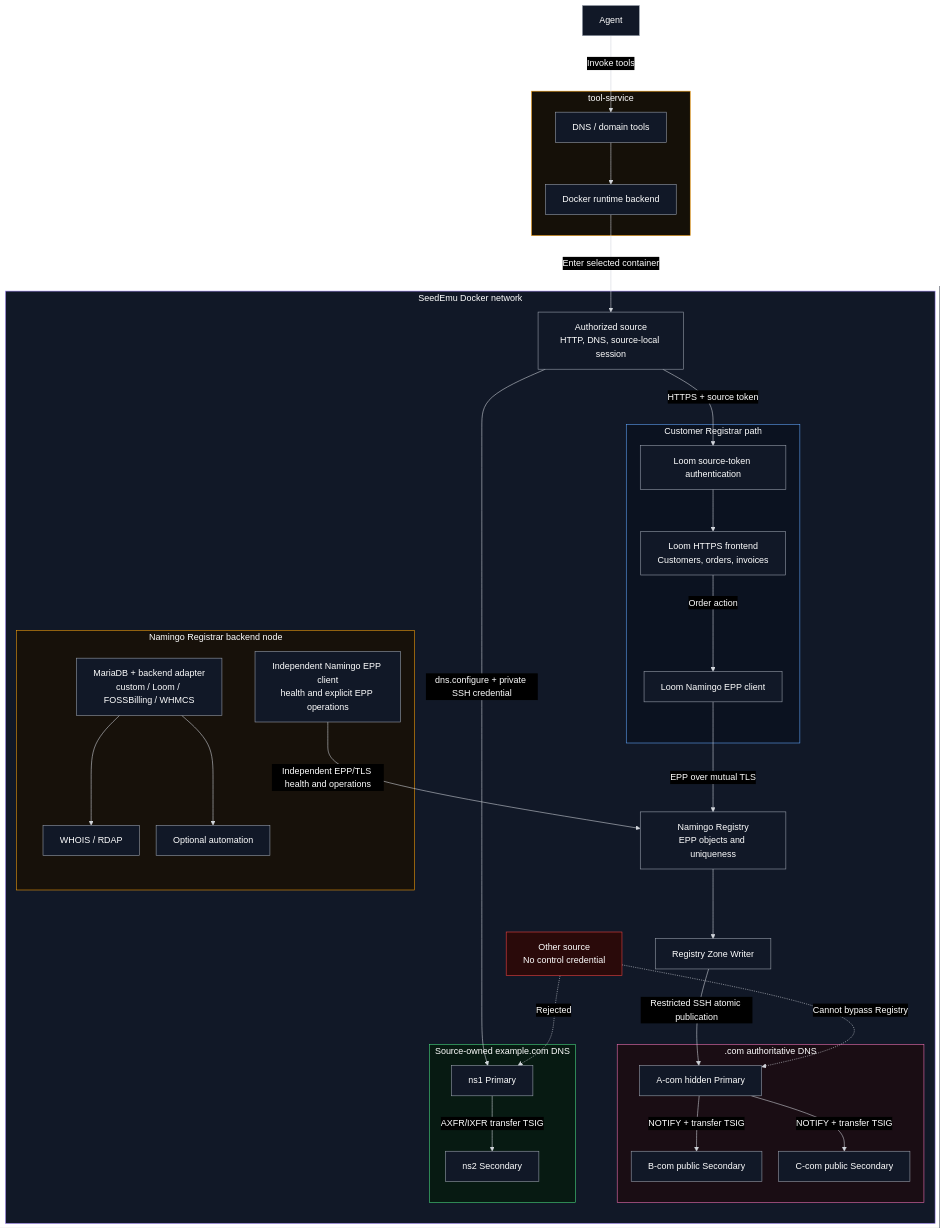
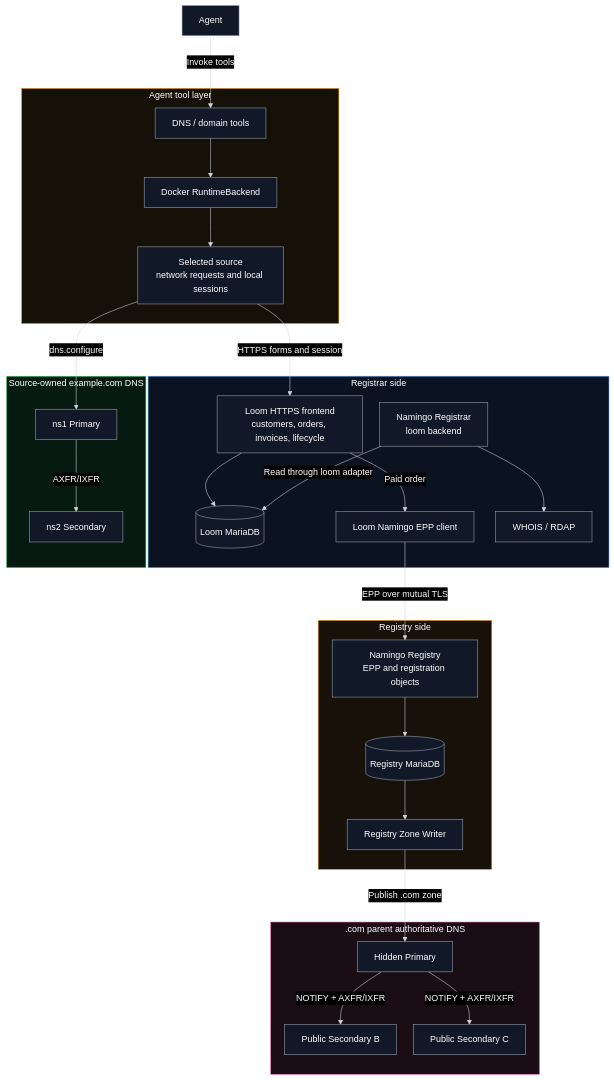
One commit to hhy123415/seedemu-agent-tools changed the first of 2 diagrams in tool-service/seedemu_tool_service/tools/dns/docs/domain_register_design.md. Above: the diagram before and after it, drawn with Mermaid. The commit also changed other lines of this file and 5 other files, not shown here.

Commit message:
feat: add agent-driven domain registration workflow

````diff
--- a/tool-service/seedemu_tool_service/tools/dns/docs/domain_register_design.md
+++ b/tool-service/seedemu_tool_service/tools/dns/docs/domain_register_design.md
@@ -9,67 +7,56 @@
 ```mermaid
-%%{init: {"theme": "base", "flowchart": {"rankSpacing": 75, "nodeSpacing": 30}, "themeVariables": {"background": "#000000", "primaryColor": "#111827", "primaryTextColor": "#ffffff", "primaryBorderColor": "#9ca3af", "lineColor": "#d1d5db", "clusterBkg": "#0b0f14", "clusterBorder": "#6b7280", "edgeLabelBackground": "#000000"}}}%%
+%%{init: {"theme": "base", "flowchart": {"rankSpacing": 70, "nodeSpacing": 30}, "themeVariables": {"background": "#000000", "primaryColor": "#111827", "primaryTextColor": "#ffffff", "primaryBorderColor": "#9ca3af", "lineColor": "#d1d5db", "clusterBkg": "#0b0f14", "clusterBorder": "#6b7280", "edgeLabelBackground": "#000000"}}}%%
 flowchart TD
     agent["Agent"]
 
-    subgraph tool_service["tool-service"]
+    subgraph tool_layer["Agent tool layer"]
         tools["DNS / domain tools"]
-        runtime["Docker runtime backend"]
+        runtime["Docker RuntimeBackend"]
+        source["Selected source<br/>network requests and local sessions"]
     end
 
-    subgraph emulator["SeedEmu Docker network"]
-        source["Authorized source<br/>HTTP, DNS, source-local session"]
-        other["Other source<br/>No control credential"]
-
-        subgraph customer_registrar["Customer Registrar path"]
-            loom["Loom HTTPS frontend<br/>Customers, orders, invoices"]
-            source_auth["Loom source-token authentication"]
-            loom_epp["Loom Namingo EPP client"]
-        end
-
-        subgraph namingo_backend["Namingo Registrar backend node"]
-            backend_db["MariaDB + backend adapter<br/>custom / Loom / FOSSBilling / WHMCS"]
-            whois_rdap["WHOIS / RDAP"]
-            automation["Optional automation"]
-            backend_epp["Independent Namingo EPP client<br/>health and explicit EPP operations"]
-        end
-
-        registry["Namingo Registry<br/>EPP objects and uniqueness"]
-        zone_writer["Registry Zone Writer"]
-
-        subgraph parent_dns[".com authoritative DNS"]
-            hidden["A-com hidden Primary"]
-            public_b["B-com public Secondary"]
-            public_c["C-com public Secondary"]
-        end
-
-        subgraph owner_dns["Source-owned example.com DNS"]
-            owner_primary["ns1 Primary"]
-            owner_secondary["ns2 Secondary"]
-        end
+    subgraph registrar_side["Registrar side"]
+        loom["Loom HTTPS frontend<br/>customers, orders, invoices, lifecycle"]
+        loom_db[("Loom MariaDB")]
+        loom_epp["Loom Namingo EPP client"]
+        namingo["Namingo Registrar<br/>loom backend"]
+        rdds["WHOIS / RDAP"]
     end
 
-    agent -->|"Invoke tools"| tools --> runtime -->|"Enter selected container"| source
-    source -->|"HTTPS + source token"| source_auth --> loom
-    loom -->|"Order action"| loom_epp -->|"EPP over mutual TLS"| registry
-    backend_db --> whois_rdap
-    backend_db --> automation
-    backend_epp -->|"Independent EPP/TLS health and operations"| registry
-    source -->|"dns.configure + private SSH credential"| owner_primary
-    owner_primary -->|"AXFR/IXFR transfer TSIG"| owner_secondary
-    registry --> zone_writer -->|"Restricted SSH atomic publication"| hidden
-    hidden -->|"NOTIFY + transfer TSIG"| public_b
-    hidden -->|"NOTIFY + transfer TSIG"| public_c
-    other -.->|"Rejected"| owner_primary
-    other -.->|"Cannot bypass Registry"| hidden
+    subgraph registry_side["Registry side"]
+        registry["Namingo Registry<br/>EPP and registration objects"]
+        registry_db[("Registry MariaDB")]
+        writer["Registry Zone Writer"]
+    end
 
+    subgraph parent_dns[".com parent authoritative DNS"]
+        hidden["Hidden Primary"]
+        public_b["Public Secondary B"]
+        public_c["Public Secondary C"]
+    end
+
+    subgraph child_dns["Source-owned example.com DNS"]
+        child_primary["ns1 Primary"]
+        child_secondary["ns2 Secondary"]
+    end
+
+    agent -->|"Invoke tools"| tools --> runtime --> source
+    source -->|"HTTPS forms and session"| loom
+    loom --> loom_db
+    loom -->|"Paid order"| loom_epp -->|"EPP over mutual TLS"| registry
+    namingo -->|"Read through loom adapter"| loom_db
+    namingo --> rdds
+    registry --> registry_db --> writer
+    writer -->|"Publish .com zone"| hidden
+    hidden -->|"NOTIFY + AXFR/IXFR"| public_b
+    hidden -->|"NOTIFY + AXFR/IXFR"| public_c
+    source -->|"dns.configure"| child_primary
+    child_primary -->|"AXFR/IXFR"| child_secondary
     classDef dark fill:#111827,stroke:#9ca3af,color:#ffffff
-    class agent,tools,runtime,source,loom,source_auth,loom_epp,backend_db,whois_rdap,automation,backend_epp,registry,zone_writer,hidden,public_b,public_c,owner_primary,owner_secondary dark
-    classDef denied fill:#2a0a0a,stroke:#ef4444,color:#ffffff
-    class other denied
-    style tool_service fill:#151008,stroke:#f59e0b,color:#ffffff
-    style emulator fill:#111827,stroke:#a78bfa,color:#ffffff
-    style customer_registrar fill:#0b1220,stroke:#60a5fa,color:#ffffff
-    style namingo_backend fill:#17110a,stroke:#f59e0b,color:#ffffff
-    style owner_dns fill:#071a12,stroke:#4ade80,color:#ffffff
+    class agent,tools,runtime,source,loom,loom_db,loom_epp,namingo,rdds,registry,registry_db,writer,hidden,public_b,public_c,child_primary,child_secondary dark
+    style tool_layer fill:#151008,stroke:#f59e0b,color:#ffffff
+    style registrar_side fill:#0b1220,stroke:#60a5fa,color:#ffffff
+    style registry_side fill:#17110a,stroke:#f59e0b,color:#ffffff
     style parent_dns fill:#1a0d14,stroke:#f472b6,color:#ffffff
+    style child_dns fill:#071a12,stroke:#4ade80,color:#ffffff
 ```
````
